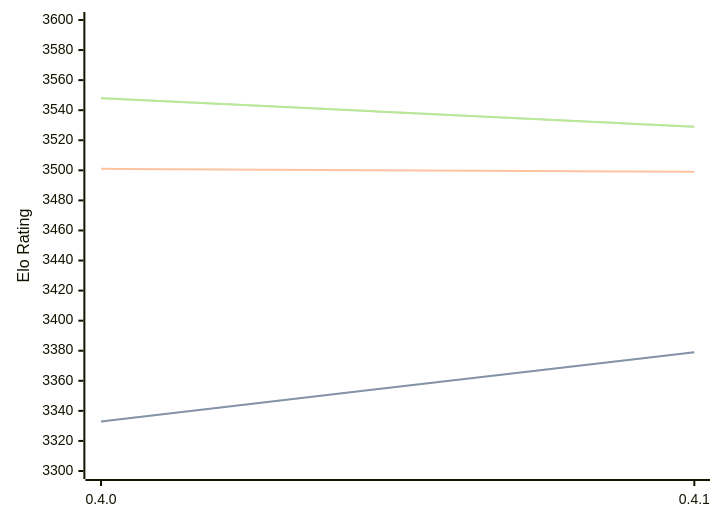
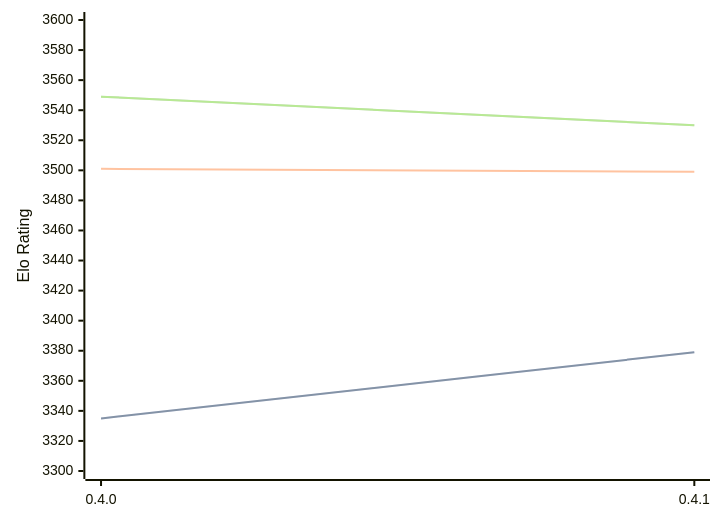
One commit to computer-chess-index/cci changed the diagram in engines/Cinder.md. Above: the diagram before and after it, drawn with Mermaid. The commit also changed other lines of this file, not shown here.

Commit message:
Update CCI Ratings (ELO VLTC) - 2026-04-01

````diff
--- a/engines/Cinder.md
+++ b/engines/Cinder.md
@@ -40,11 +40,11 @@
 ```mermaid
 %%{init: {"theme":"base","themeVariables":{"seriesColors:['#a3a3a3','#222221','#faa371']}}}%%
 xychart-beta
   x-axis ["0.4.0", "0.4.1"]
   y-axis "Elo Rating" 3300 --> 3600
-  line "STC (8.0+0.08s)" [3333, 3379]
-  line "STC (8.0+0.08s)" [3333, 3379]
+  line "STC (8.0+0.08s)" [3335, 3379]
+  line "STC (8.0+0.08s)" [3335, 3379]
   line "LTC (60.0+0.60s)" [3501, 3499]
-  line "VLTC (2m24s+1.12s)" [3548, 3529]
-  line "VLTC (2m24s+1.12s)" [3548, 3529]
+  line "VLTC (2m24s+1.12s)" [3549, 3530]
+  line "VLTC (2m24s+1.12s)" [3549, 3530]
 ```
````
